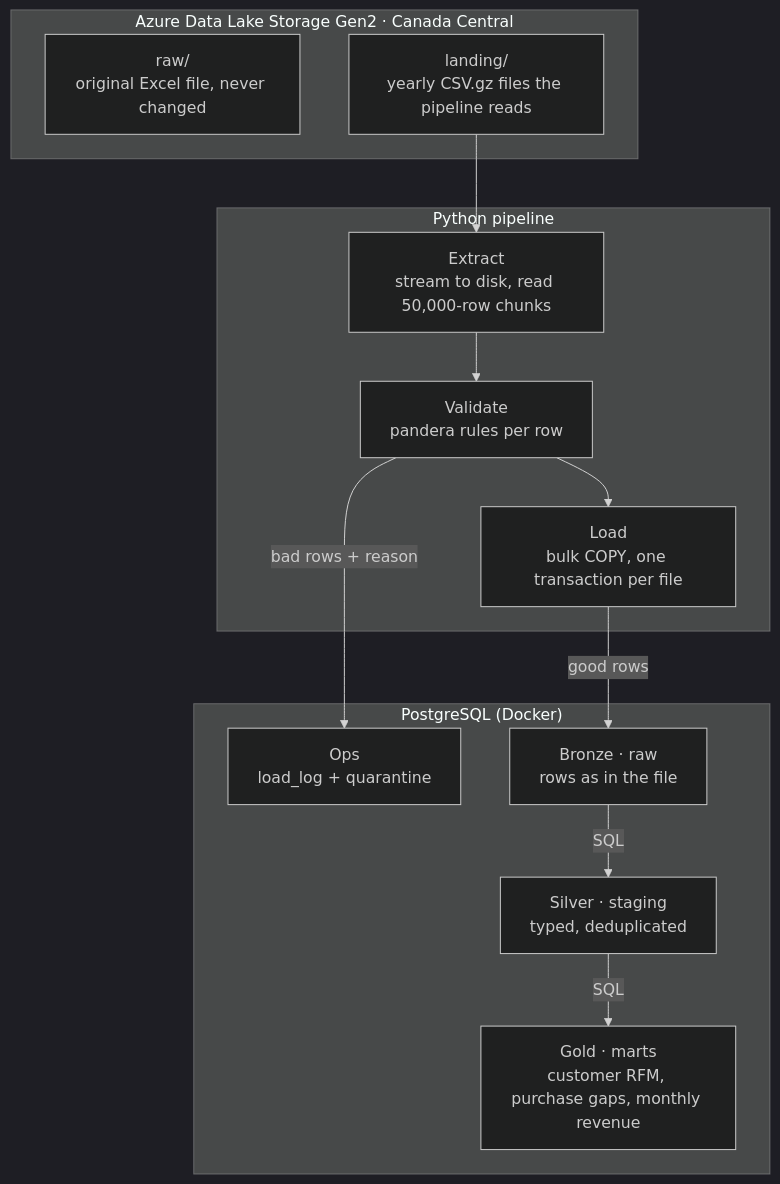
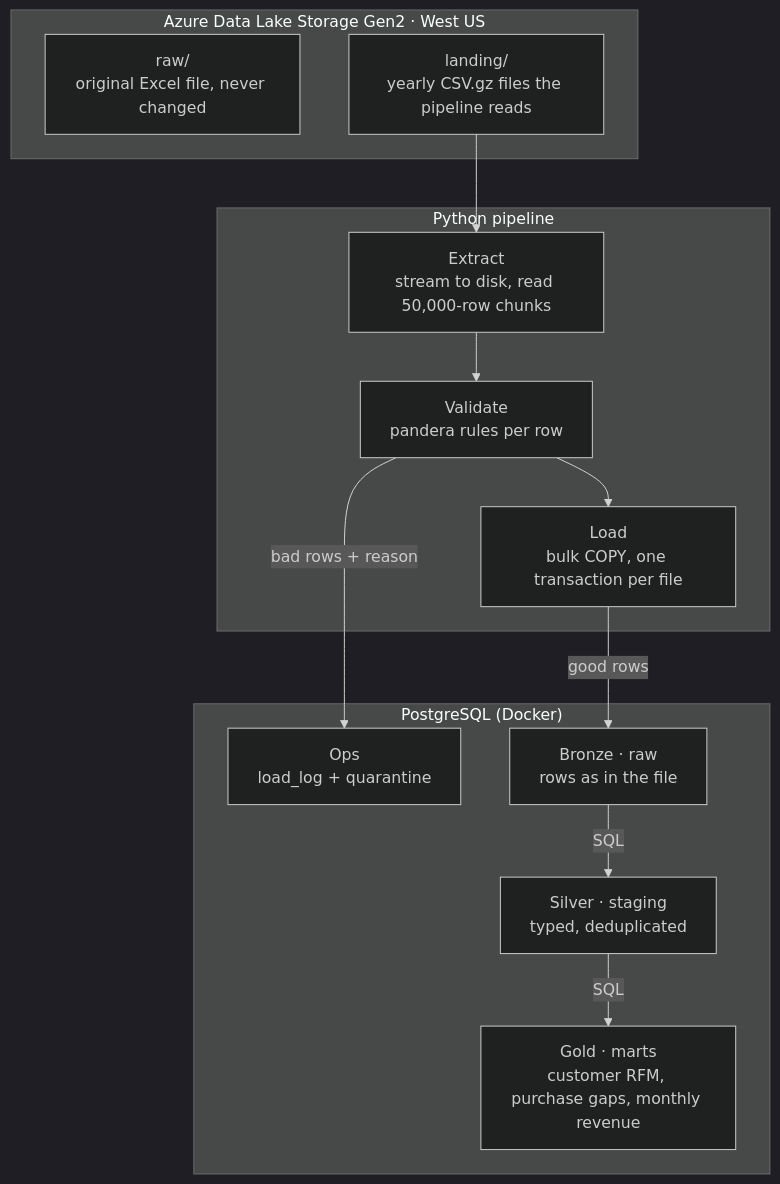
One commit to yinkak/tillflow-retail-etl changed the diagram in README.md. Above: the diagram before and after it, drawn with Mermaid (dark theme).

Commit message:
Update README progress for Phases 1-2

````diff
--- a/README.md
+++ b/README.md
@@ -28,25 +28,25 @@
 ```mermaid
 flowchart TD
-    subgraph LAKE["Azure Data Lake Storage Gen2 · Canada Central"]
+    subgraph LAKE["Azure Data Lake Storage Gen2 · West US"]
         RAW["raw/<br/>original Excel file, never changed"]
         LANDING["landing/<br/>yearly CSV.gz files the pipeline reads"]
     end
 
     subgraph PIPE["Python pipeline"]
         EXTRACT["Extract<br/>stream to disk, read 50,000-row chunks"]
         VALIDATE["Validate<br/>pandera rules per row"]
         LOAD["Load<br/>bulk COPY, one transaction per file"]
     end
 
     subgraph PG["PostgreSQL (Docker)"]
         OPS["Ops<br/>load_log + quarantine"]
         BRONZE["Bronze · raw<br/>rows as in the file"]
         SILVER["Silver · staging<br/>typed, deduplicated"]
         GOLD["Gold · marts<br/>customer RFM, purchase gaps, monthly revenue"]
     end
 
     LANDING --> EXTRACT --> VALIDATE --> LOAD
     VALIDATE -- "bad rows + reason" --> OPS
     LOAD -- "good rows" --> BRONZE
     BRONZE -- SQL --> SILVER -- SQL --> GOLD
 ```
````
